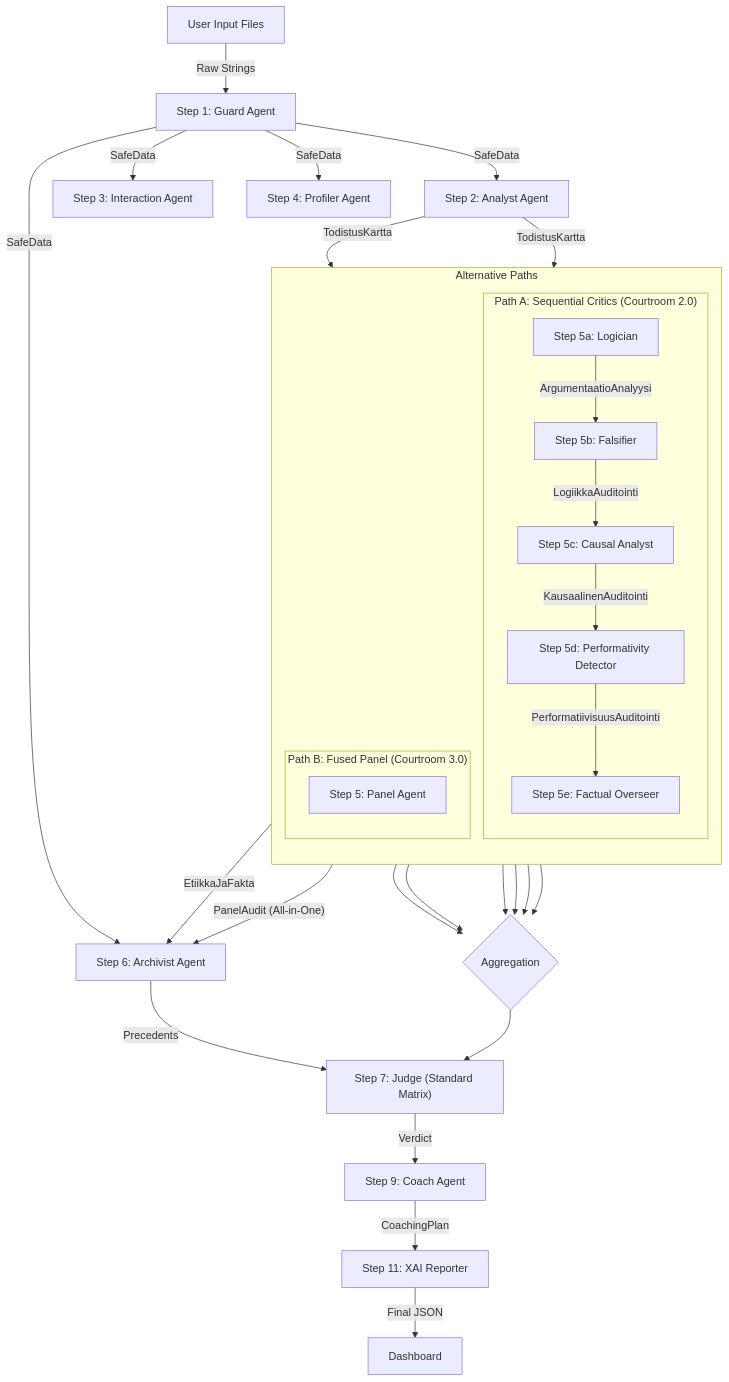
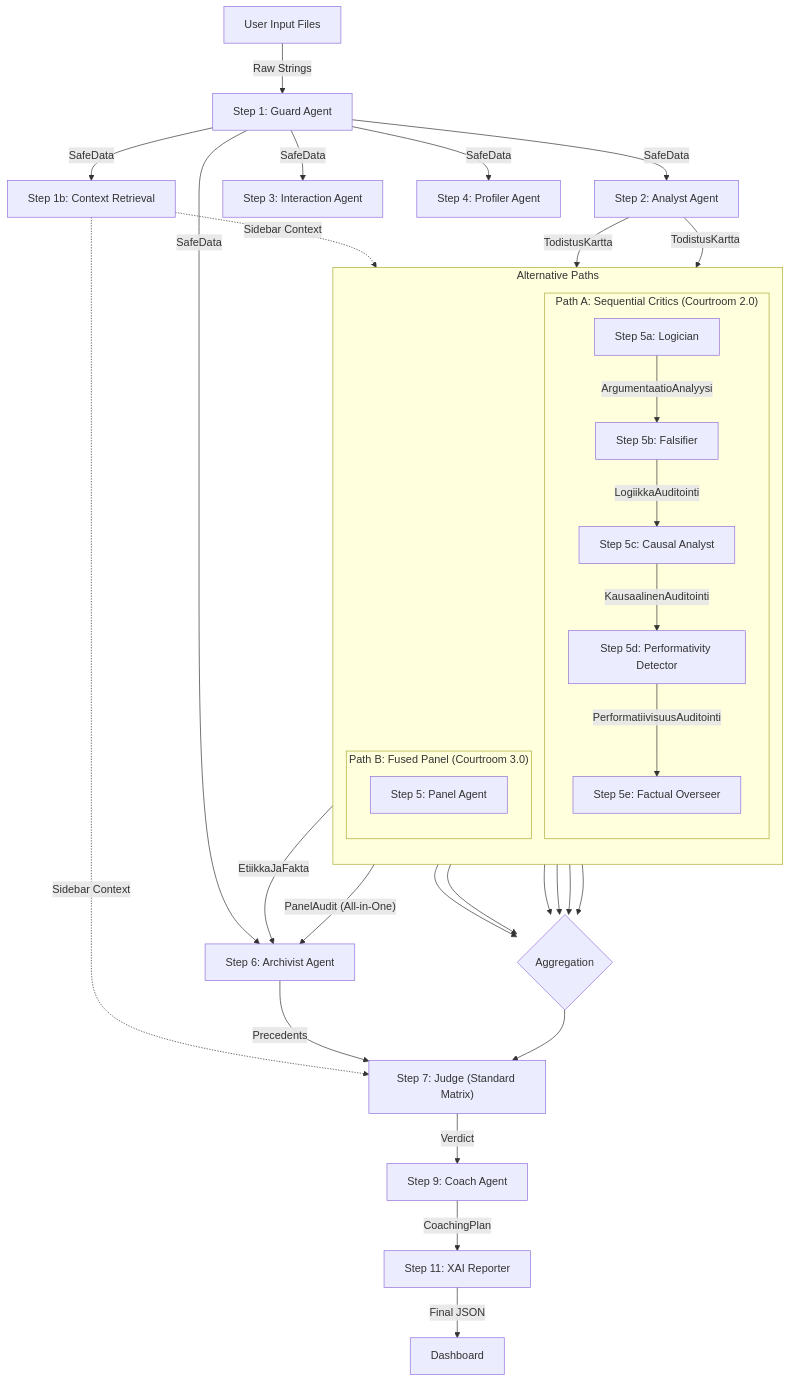
One commit to launis/quorum changed the diagram in docs/workflow_data_architecture.md. Above: the diagram before and after it, drawn with Mermaid. The commit also changed other lines of this file and 34 other files, not shown here.

Commit message:
feat: Implement a comprehensive structured cognitive agent architecture including core agents, hooks, tasks, and documentation.

````diff
--- a/docs/workflow_data_architecture.md
+++ b/docs/workflow_data_architecture.md
@@ -15,68 +16,73 @@
 ```mermaid
 graph TD
     %% Nodes
     UserInput[User Input Files]
     Guard[Step 1: Guard Agent]
+    Context[Step 1b: Context Retrieval]
     Analyst[Step 2: Analyst Agent]
     Interaction[Step 3: Interaction Agent]
     Profiler[Step 4: Profiler Agent]
     
     %% Branching
     subgraph "Alternative Paths"
         direction TB
         
         subgraph "Path A: Sequential Critics (Courtroom 2.0)"
             Logician[Step 5a: Logician]
             Falsifier[Step 5b: Falsifier]
             Causal[Step 5c: Causal Analyst]
             Detector[Step 5d: Performativity Detector]
             Overseer[Step 5e: Factual Overseer]
         end
 
         subgraph "Path B: Fused Panel (Courtroom 3.0)"
             Panel[Step 5: Panel Agent]
         end
     end
     
     Archivist[Step 6: Archivist Agent]
     JudgeStandard["Step 7: Judge (Standard Matrix)"]
     Coach[Step 9: Coach Agent]
     XAI[Step 11: XAI Reporter]
     
     %% Flows - Common Start
     UserInput -->|Raw Strings| Guard
+    Guard -->|SafeData| Context
+    Context -.->|Sidebar Context| Overseer
+    Context -.->|Sidebar Context| JudgeStandard
+    
     Guard -->|SafeData| Analyst
     Guard -->|SafeData| Interaction
     Guard -->|SafeData| Profiler
     
     %% Path A Flows
     Analyst -->|TodistusKartta| Logician
     Logician -->|ArgumentaatioAnalyysi| Falsifier
     Falsifier -->|LogiikkaAuditointi| Causal
     Causal -->|KausaalinenAuditointi| Detector
     Detector -->|PerformatiivisuusAuditointi| Overseer
     Overseer -->|EtiikkaJaFakta| Archivist
     
     %% Path B Flows
     Analyst -->|TodistusKartta| Panel
     Panel -- "PanelAudit (All-in-One)" --> Archivist
     
     %% Rejoining
     Guard -->|SafeData| Archivist
     Archivist -->|Precedents| JudgeStandard
     
     %% Judge Inputs (Depending on Path)
     AnalysisData{Aggregation}
     Logician --> AnalysisData
     Falsifier --> AnalysisData
     Causal --> AnalysisData
     Detector --> AnalysisData
     Overseer --> AnalysisData
     Panel --> AnalysisData
     
     AnalysisData --> JudgeStandard
     
     JudgeStandard -->|Verdict| Coach
     Coach -->|CoachingPlan| XAI
     XAI -->|Final JSON| Dashboard
 ```
````
